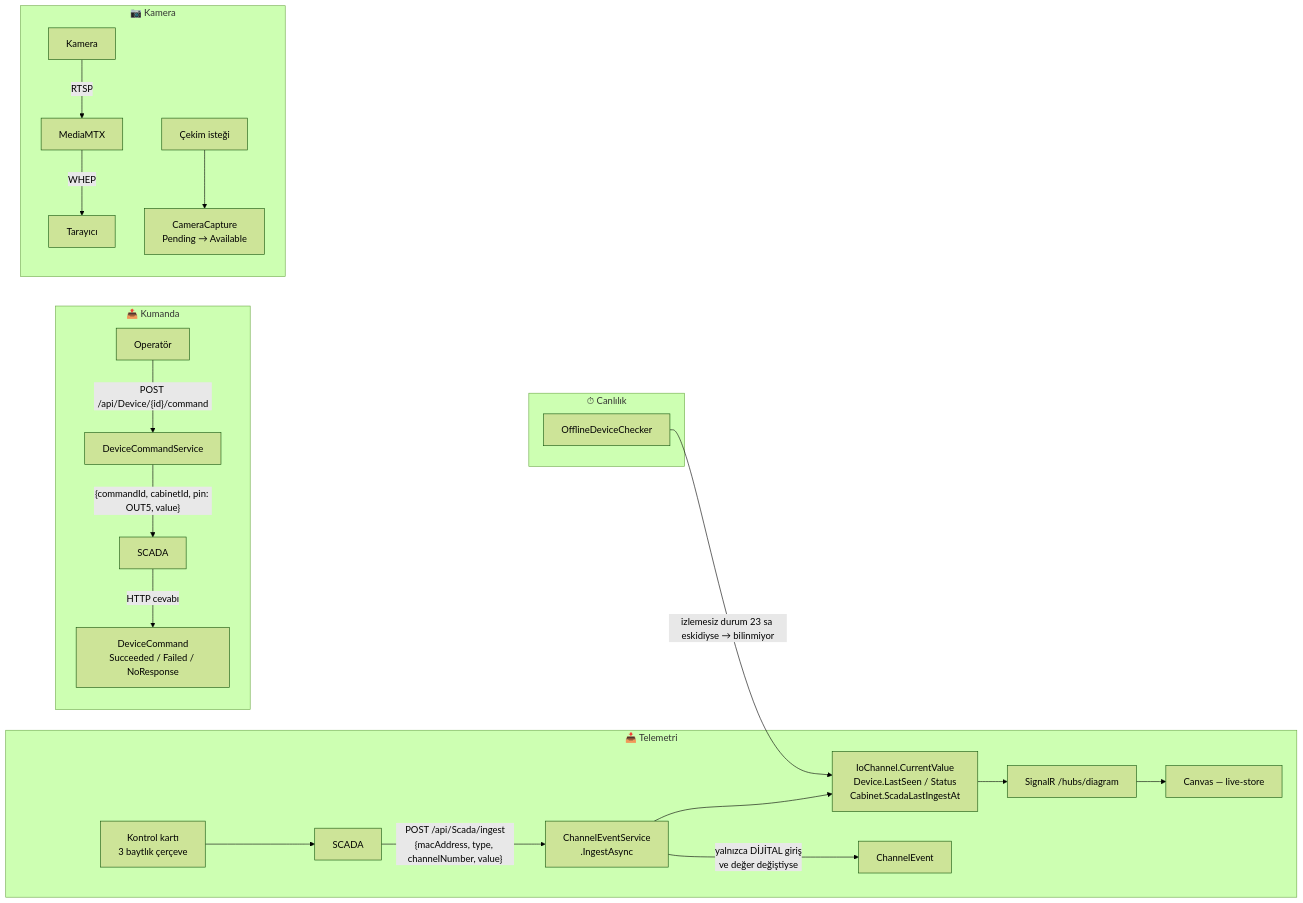
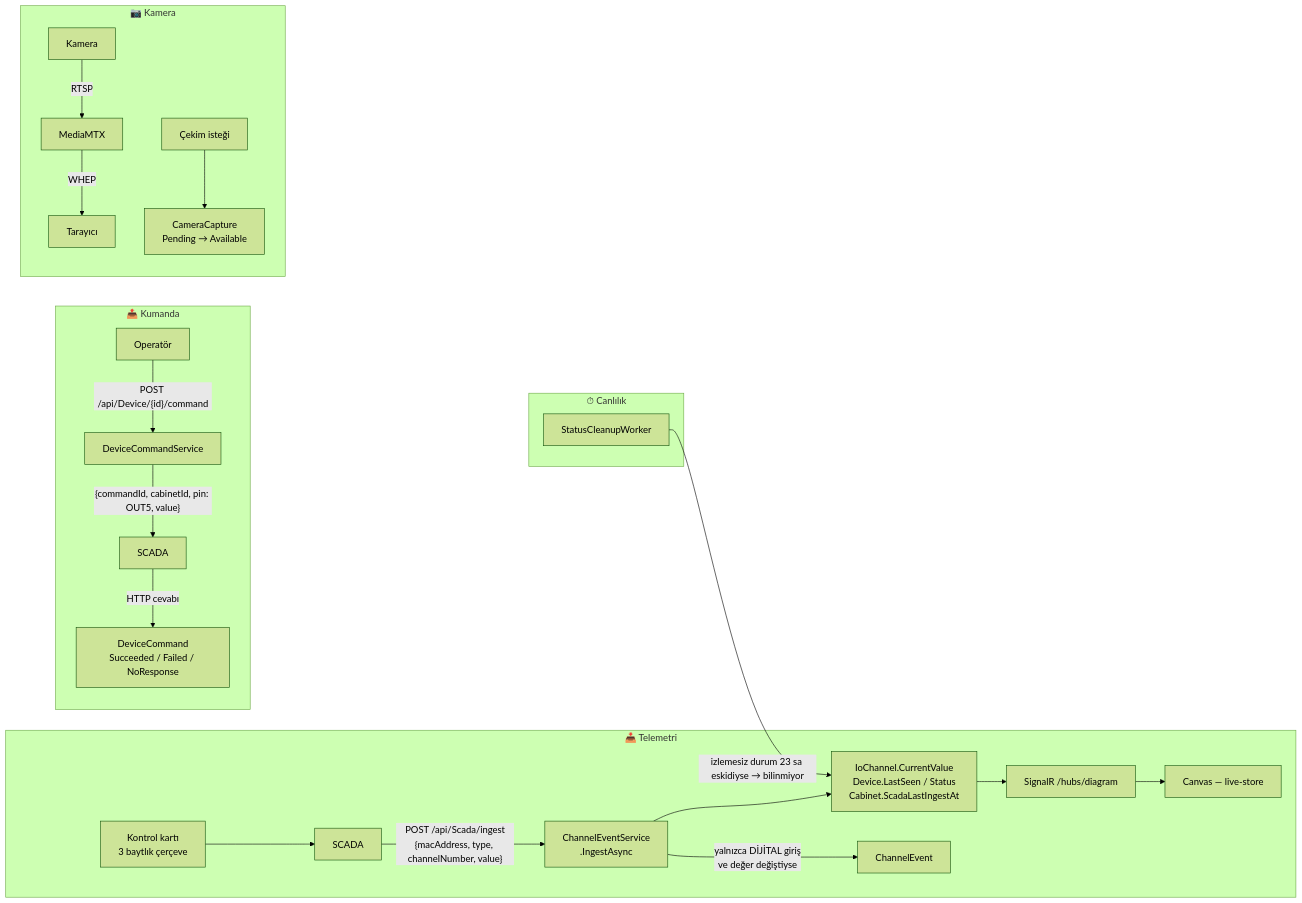
The second of 2 diagrams in Docs/data-structor.md (servankilinc/Scadex), drawn with Mermaid (forest theme) before and after one commit. The commit also changed other lines of this file and 4 other files, not shown here.

Commit message:
OfflineDeviceChecker to StatusCleanupWorker

````diff
--- a/Docs/data-structor.md
+++ b/Docs/data-structor.md
@@ -341,27 +341,27 @@
 ```mermaid
 flowchart LR
     subgraph OKUMA["📥 Telemetri"]
         KART["Kontrol kartı<br/>3 baytlık çerçeve"] --> SC["SCADA"]
         SC -->|"POST /api/Scada/ingest<br/>{macAddress, type, channelNumber, value}"| ING["ChannelEventService<br/>.IngestAsync"]
         ING --> CV["IoChannel.CurrentValue<br/>Device.LastSeen / Status<br/>Cabinet.ScadaLastIngestAt"]
         ING -->|"yalnızca DİJİTAL giriş<br/>ve değer değiştiyse"| CE["ChannelEvent"]
         CV --> HUB["SignalR /hubs/diagram"]
         HUB --> UI["Canvas — live-store"]
     end
 
     subgraph YAZMA["📤 Kumanda"]
         OP["Operatör"] -->|"POST /api/Device/{id}/command"| DCS["DeviceCommandService"]
         DCS -->|"{commandId, cabinetId, pin: OUT5, value}"| SC2["SCADA"]
         SC2 -->|"HTTP cevabı"| DC["DeviceCommand<br/>Succeeded / Failed / NoResponse"]
     end
 
     subgraph KAMERA["📷 Kamera"]
         CAM["Kamera"] -->|RTSP| MTX["MediaMTX"]
         MTX -->|WHEP| BR["Tarayıcı"]
         CAP["Çekim isteği"] --> CC["CameraCapture<br/>Pending → Available"]
     end
 
     subgraph SUPURUCU["⏱ Canlılık"]
-        OFF["OfflineDeviceChecker"] -->|"izlemesiz durum 23 sa eskidiyse → bilinmiyor"| CV
+        OFF["StatusCleanupWorker"] -->|"izlemesiz durum 23 sa eskidiyse → bilinmiyor"| CV
     end
 ```
````
